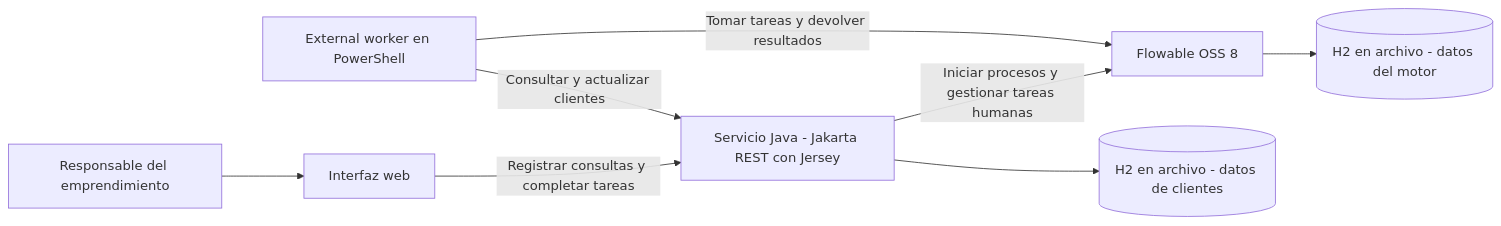
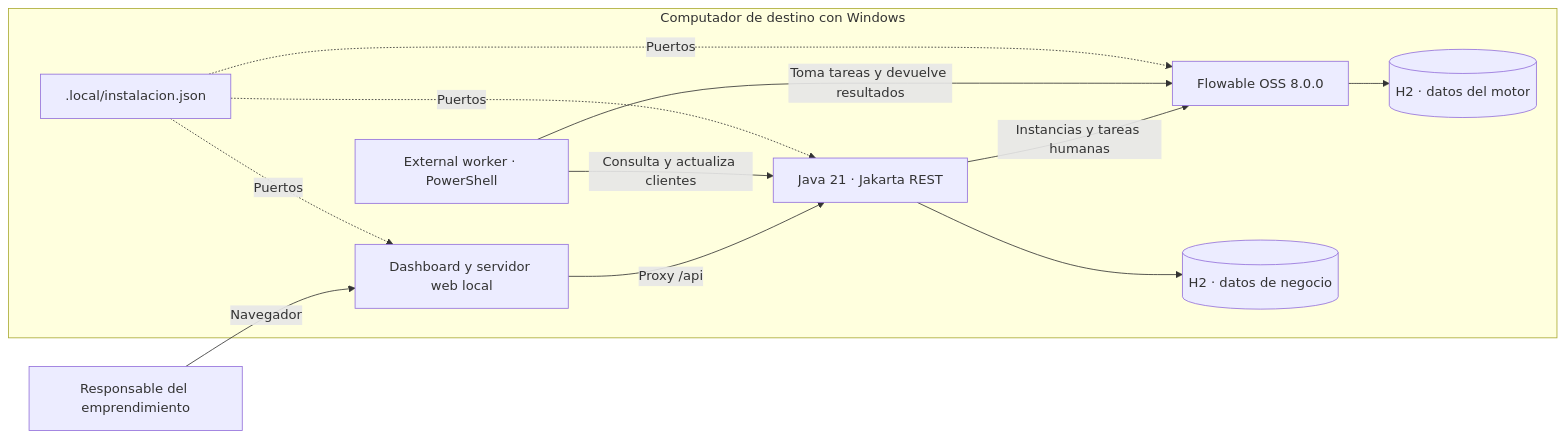
Before and after one commit to juanramirezgomez/integracion-plataformas-iplacex.: the diagram in Arquitectura/modelo-arquitectura.md, drawn with Mermaid. The commit also changed other lines of this file and 21 other files, not shown here.

````diff
--- a/Arquitectura/modelo-arquitectura.md
+++ b/Arquitectura/modelo-arquitectura.md
@@ -3,10 +3,15 @@
 ```mermaid
 flowchart LR
-    U["Responsable del emprendimiento"] --> UI["Interfaz web"]
-    UI -->|Registrar consultas y completar tareas| J["Servicio Java - Jakarta REST con Jersey"]
-    J -->|Iniciar procesos y gestionar tareas humanas| F["Flowable OSS 8"]
-    W["External worker en PowerShell"] -->|Tomar tareas y devolver resultados| F
-    W -->|Consultar y actualizar clientes| J
-    F --> M[("H2 en archivo - datos del motor")]
-    J --> D[("H2 en archivo - datos de clientes")]
+    U["Responsable del emprendimiento"] -->|Navegador| B
+    subgraph PC["Computador de destino con Windows"]
+        B["Dashboard y servidor web local"] -->|Proxy /api| J["Java 21 · Jakarta REST"]
+        J -->|Instancias y tareas humanas| F["Flowable OSS 8.0.0"]
+        W["External worker · PowerShell"] -->|Toma tareas y devuelve resultados| F
+        W -->|Consulta y actualiza clientes| J
+        F --> M[("H2 · datos del motor")]
+        J --> D[("H2 · datos de negocio")]
+        C[".local/instalacion.json"] -. Puertos .-> B
+        C -. Puertos .-> J
+        C -. Puertos .-> F
+    end
 ```
````
